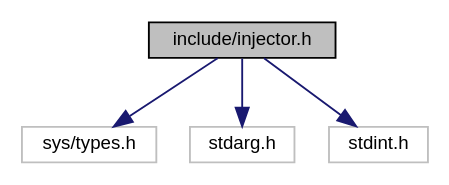
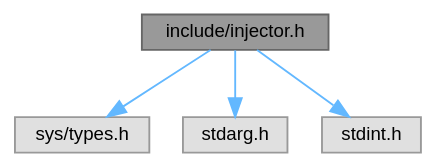
One commit to kubo/injector changed the diagram in docs/injector_8h__incl.dot. Above: the diagram before and after it, drawn with Graphviz. The commit also changed 67 other files, not shown here.

```diff
--- a/docs/injector_8h__incl.dot
+++ b/docs/injector_8h__incl.dot
@@ -1,13 +1,14 @@
 digraph "include/injector.h"
 {
  // LATEX_PDF_SIZE
-  edge [fontname="Helvetica",fontsize="10",labelfontname="Helvetica",labelfontsize="10"];
-  node [fontname="Helvetica",fontsize="10",shape=record];
-  Node1 [label="include/injector.h",height=0.2,width=0.4,color="black", fillcolor="grey75", style="filled", fontcolor="black",tooltip="Library for injecting a shared library into a Linux, Windows and macOS process."];
-  Node1 -> Node2 [color="midnightblue",fontsize="10",style="solid",fontname="Helvetica"];
-  Node2 [label="sys/types.h",height=0.2,width=0.4,color="grey75", fillcolor="white", style="filled",tooltip=" "];
-  Node1 -> Node3 [color="midnightblue",fontsize="10",style="solid",fontname="Helvetica"];
-  Node3 [label="stdarg.h",height=0.2,width=0.4,color="grey75", fillcolor="white", style="filled",tooltip=" "];
-  Node1 -> Node4 [color="midnightblue",fontsize="10",style="solid",fontname="Helvetica"];
-  Node4 [label="stdint.h",height=0.2,width=0.4,color="grey75", fillcolor="white", style="filled",tooltip=" "];
+  bgcolor="transparent";
+  edge [fontname=Helvetica,fontsize=10,labelfontname=Helvetica,labelfontsize=10];
+  node [fontname=Helvetica,fontsize=10,shape=box,height=0.2,width=0.4];
+  Node1 [id="Node000001",label="include/injector.h",height=0.2,width=0.4,color="gray40", fillcolor="grey60", style="filled", fontcolor="black",tooltip="Library for injecting a shared library into a Linux, Windows and macOS process."];
+  Node1 -> Node2 [id="edge1_Node000001_Node000002",color="steelblue1",style="solid",tooltip=" "];
+  Node2 [id="Node000002",label="sys/types.h",height=0.2,width=0.4,color="grey60", fillcolor="#E0E0E0", style="filled",tooltip=" "];
+  Node1 -> Node3 [id="edge2_Node000001_Node000003",color="steelblue1",style="solid",tooltip=" "];
+  Node3 [id="Node000003",label="stdarg.h",height=0.2,width=0.4,color="grey60", fillcolor="#E0E0E0", style="filled",tooltip=" "];
+  Node1 -> Node4 [id="edge3_Node000001_Node000004",color="steelblue1",style="solid",tooltip=" "];
+  Node4 [id="Node000004",label="stdint.h",height=0.2,width=0.4,color="grey60", fillcolor="#E0E0E0", style="filled",tooltip=" "];
 }
```
